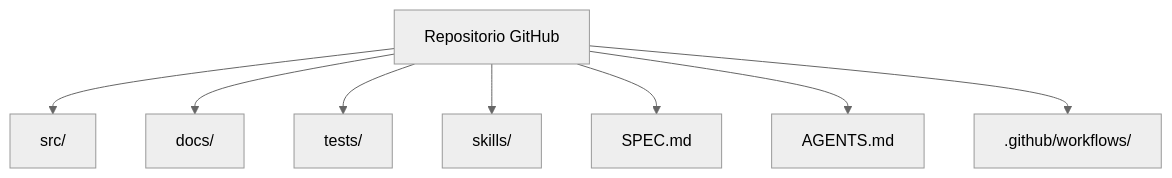
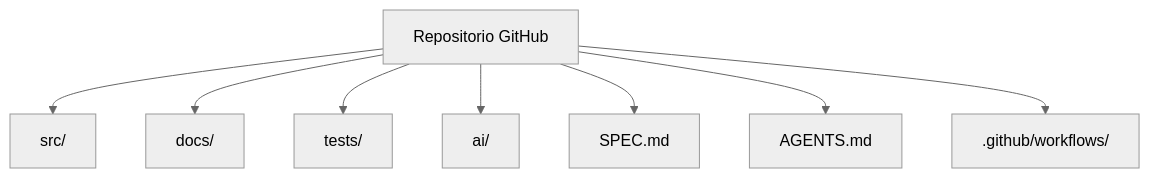
The fifth of 7 diagrams in docs/03-arquitectura.md (balderasalberto/eventos-sociales), drawn with Mermaid (neutral theme) before and after one commit. The commit also changed other lines of this file, not shown here.

Commit message:
docs: make architecture agent-agnostic

````diff
--- a/docs/03-arquitectura.md
+++ b/docs/03-arquitectura.md
@@ -143,11 +142,11 @@
 ```mermaid
 flowchart TB
     R[Repositorio GitHub]
     R --> SRC[src/]
     R --> DOC[docs/]
     R --> T[tests/]
-    R --> SK[skills/]
+    R --> AI[ai/]
     R --> SPEC[SPEC.md]
     R --> AG[AGENTS.md]
     R --> WF[.github/workflows/]
 ```
````
